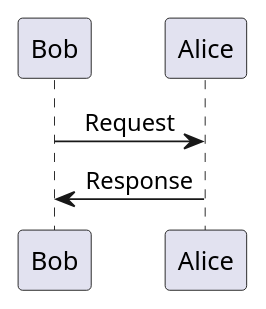
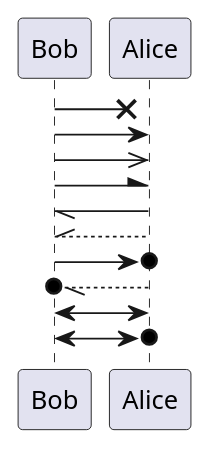
One commit to mizandarii/uml changed the first of 2 diagrams in sequence.wsd. Above: the diagram before and after it, drawn with PlantUML. The commit also changed other lines of this file, not shown here.

```diff
--- a/sequence.wsd
+++ b/sequence.wsd
@@ -1,5 +1,14 @@
 @startuml 
-skinparam sequenceMessageAlign right
-Bob -> Alice : Request
-Alice -> Bob :Response
+Bob ->x Alice
+Bob -> Alice
+Bob ->> Alice
+Bob -\ Alice
+Bob \\- Alice
+Bob //-- Alice
+
+Bob ->o Alice
+Bob o\\-- Alice
+
+Bob <-> Alice
+Bob <->o Alice
 @enduml
```
